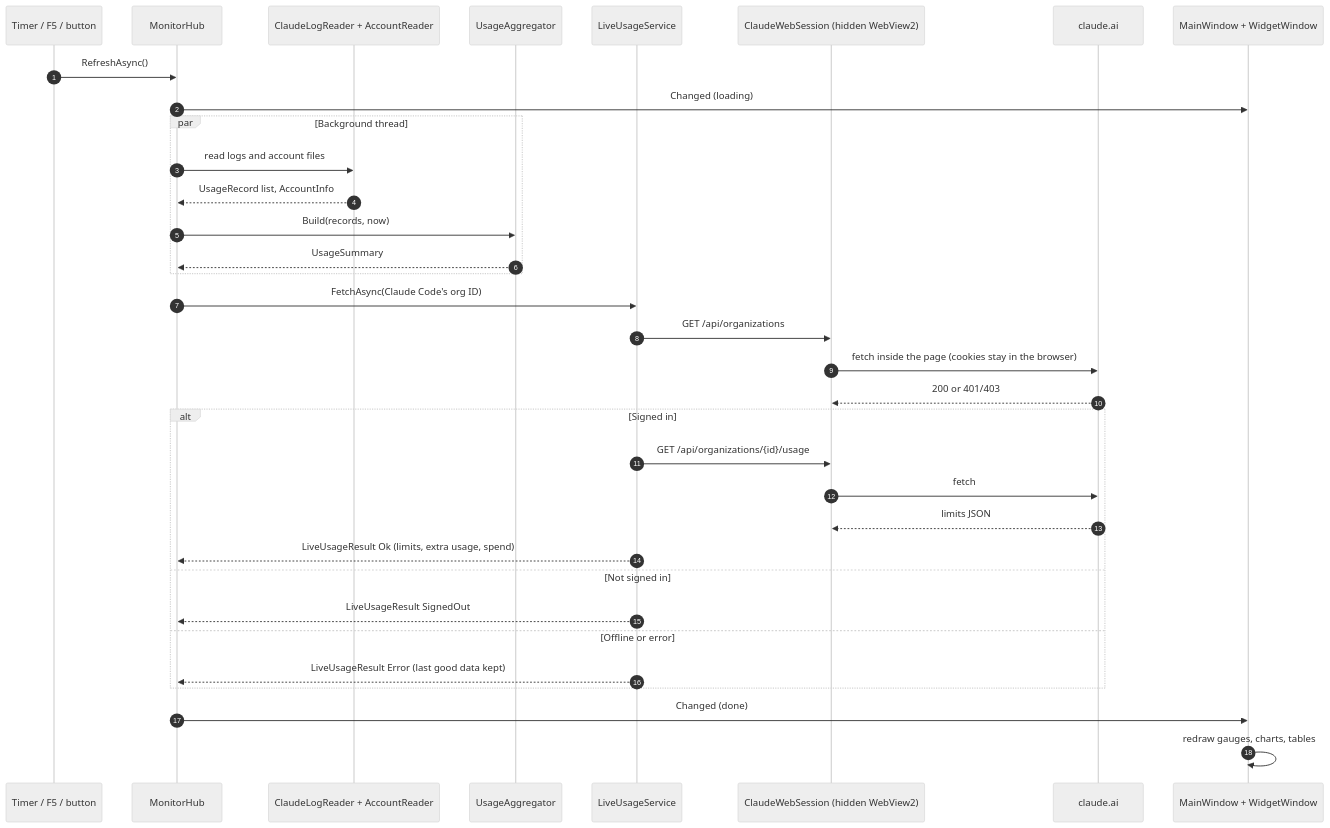
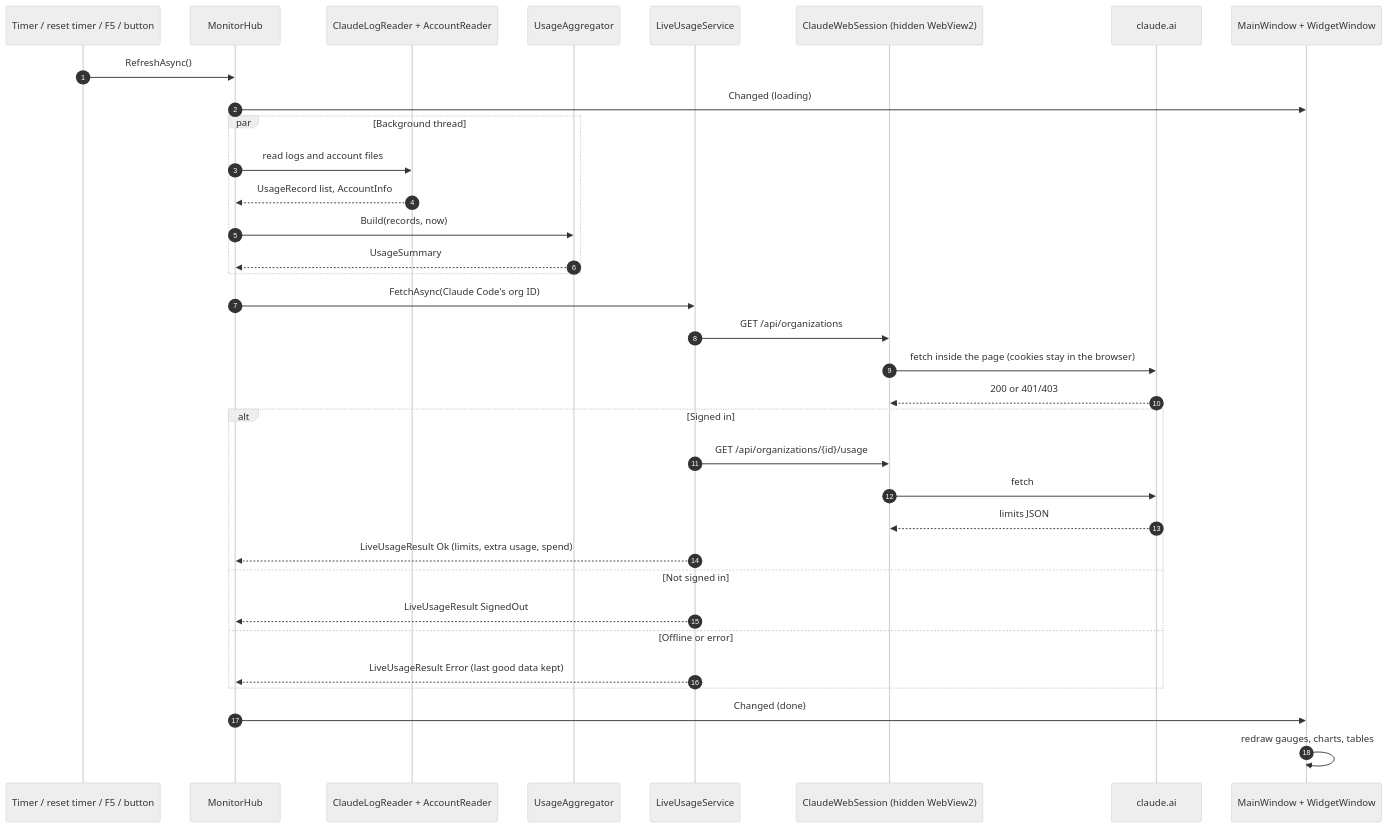
One commit to agoldust/Claude-Monitor-Usage-Statics changed the third of 6 diagrams in docs/DIAGRAMS.md. Above: the diagram before and after it, drawn with Mermaid (neutral theme). The commit also changed other lines of this file and 15 other files, not shown here.

````diff
--- a/docs/DIAGRAMS.md
+++ b/docs/DIAGRAMS.md
@@ -113,37 +113,37 @@
 ```mermaid
 sequenceDiagram
     autonumber
-    participant T as Timer / F5 / button
+    participant T as Timer / reset timer / F5 / button
     participant H as MonitorHub
     participant R as ClaudeLogReader + AccountReader
     participant A as UsageAggregator
     participant S as LiveUsageService
     participant W as ClaudeWebSession (hidden WebView2)
     participant C as claude.ai
     participant UI as MainWindow + WidgetWindow
 
     T->>H: RefreshAsync()
     H->>UI: Changed (loading)
     par Background thread
         H->>R: read logs and account files
         R-->>H: UsageRecord list, AccountInfo
         H->>A: Build(records, now)
         A-->>H: UsageSummary
     end
     H->>S: FetchAsync(Claude Code's org ID)
     S->>W: GET /api/organizations
     W->>C: fetch inside the page (cookies stay in the browser)
     C-->>W: 200 or 401/403
     alt Signed in
         S->>W: GET /api/organizations/{id}/usage
         W->>C: fetch
         C-->>W: limits JSON
         S-->>H: LiveUsageResult Ok (limits, extra usage, spend)
     else Not signed in
         S-->>H: LiveUsageResult SignedOut
     else Offline or error
         S-->>H: LiveUsageResult Error (last good data kept)
     end
     H->>UI: Changed (done)
     UI->>UI: redraw gauges, charts, tables
 ```
````
